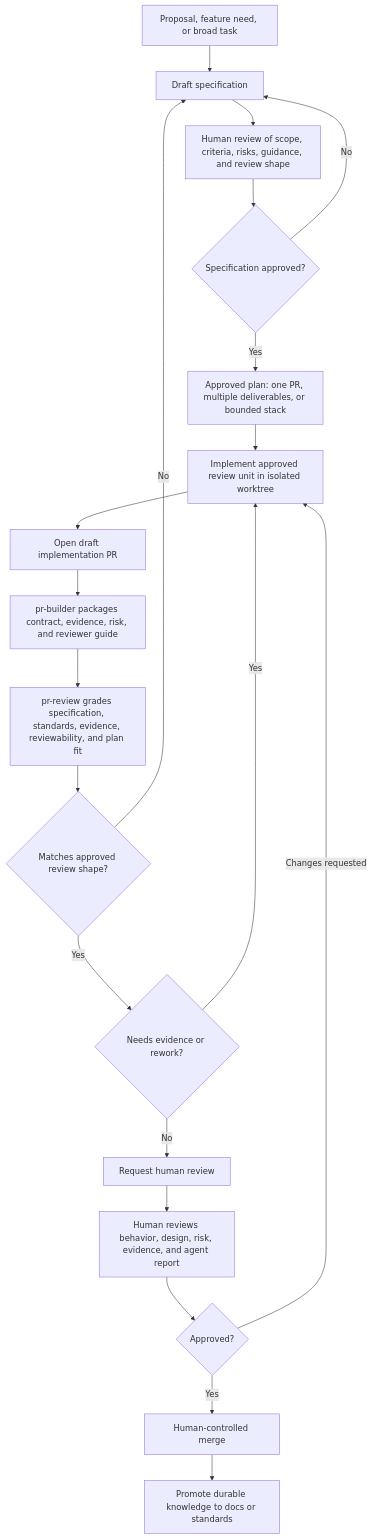
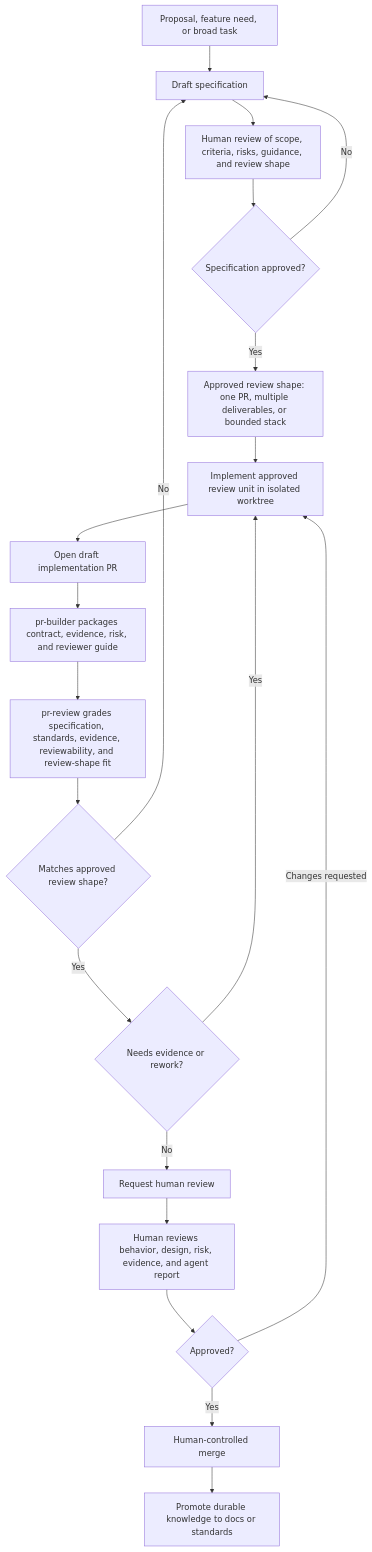
The second of 2 diagrams in docs/human-in-loop-pr-review-strategy.md (zazzcode/zazz-skills), drawn with Mermaid before and after one commit. The commit also changed other lines of this file and 46 other files, not shown here.

````diff
--- a/docs/human-in-loop-pr-review-strategy.md
+++ b/docs/human-in-loop-pr-review-strategy.md
@@ -400,22 +400,22 @@
 ```mermaid
 flowchart TB
     A["Proposal, feature need, or broad task"] --> B["Draft specification"]
     B --> C["Human review of scope, criteria, risks, guidance, and review shape"]
     C --> D{"Specification approved?"}
     D -- "No" --> B
-    D -- "Yes" --> E["Approved plan: one PR, multiple deliverables, or bounded stack"]
+    D -- "Yes" --> E["Approved review shape: one PR, multiple deliverables, or bounded stack"]
     E --> F["Implement approved review unit in isolated worktree"]
     F --> G["Open draft implementation PR"]
     G --> H["pr-builder packages contract, evidence, risk, and reviewer guide"]
-    H --> I["pr-review grades specification, standards, evidence, reviewability, and plan fit"]
+    H --> I["pr-review grades specification, standards, evidence, reviewability, and review-shape fit"]
     I --> J{"Matches approved review shape?"}
     J -- "No" --> B
     J -- "Yes" --> K{"Needs evidence or rework?"}
     K -- "Yes" --> F
     K -- "No" --> L["Request human review"]
     L --> M["Human reviews behavior, design, risk, evidence, and agent report"]
     M --> N{"Approved?"}
     N -- "Changes requested" --> F
     N -- "Yes" --> O["Human-controlled merge"]
     O --> P["Promote durable knowledge to docs or standards"]
 ```
````
